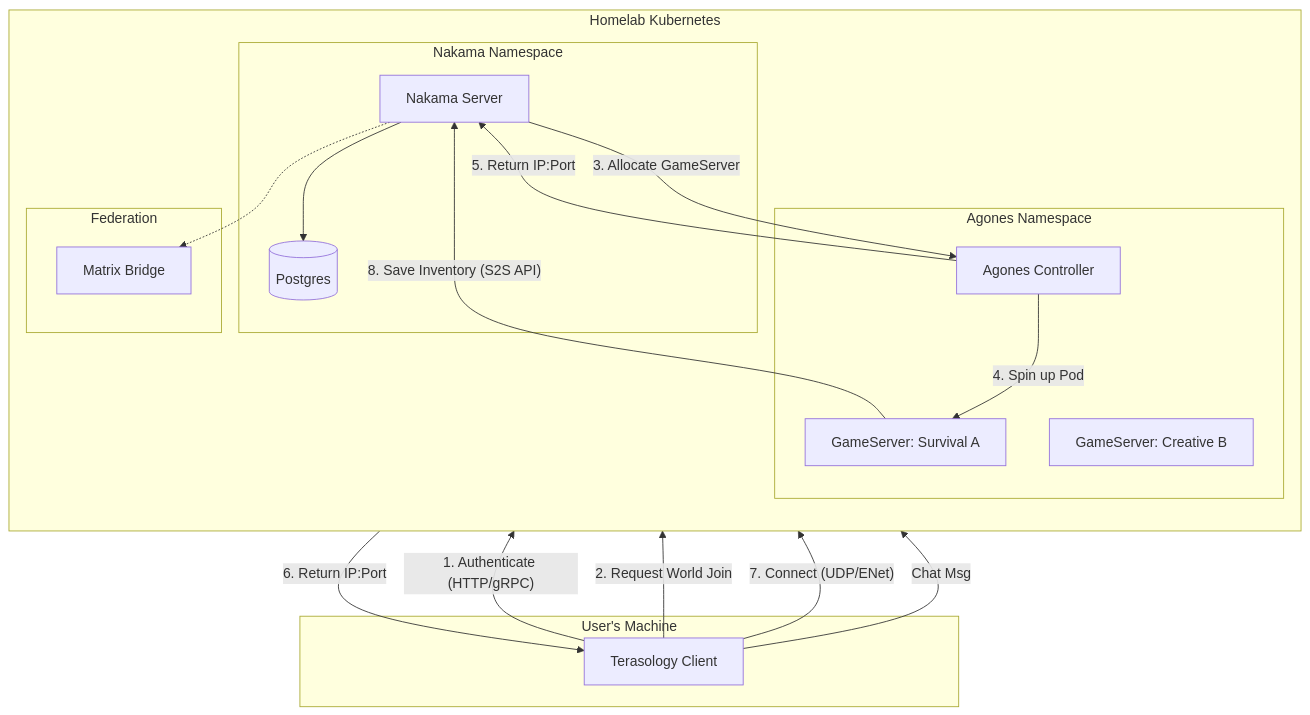
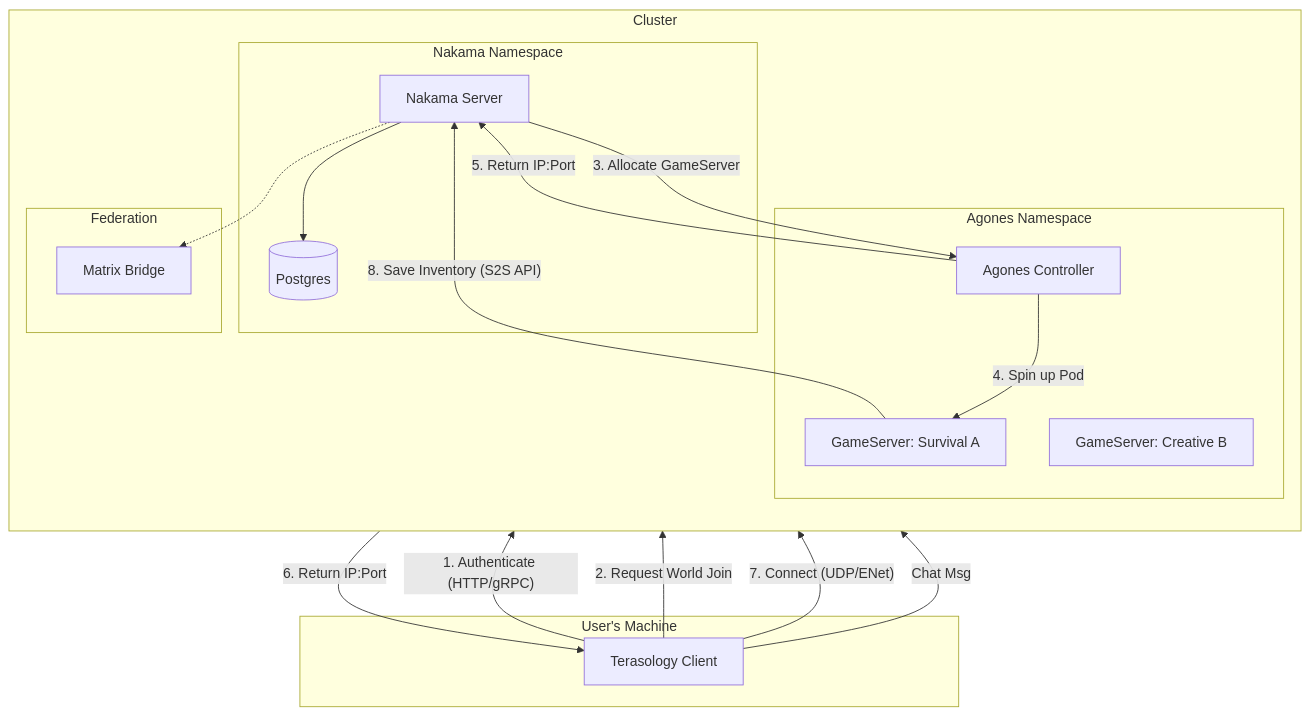
The second of 2 diagrams in with-nakama-and-agones.md (SiliconSaga/bifrost), drawn with Mermaid before and after one commit. The commit also changed other lines of this file, not shown here.

````diff
--- a/with-nakama-and-agones.md
+++ b/with-nakama-and-agones.md
@@ -21,47 +72,47 @@
 ```mermaid
 graph TD
     subgraph Client [User's Machine]
         TC[Terasology Client]
     end
 
-    subgraph Cluster [Homelab Kubernetes]
+    subgraph Cluster
         direction TB
         
         subgraph Control_Plane [Nakama Namespace]
             NK[Nakama Server]
             DB[(Postgres)]
             NK --> DB
         end
         
         subgraph Game_Fleet [Agones Namespace]
             AG[Agones Controller]
             GS1[GameServer: Survival A]
             GS2[GameServer: Creative B]
         end
         
         subgraph Federation
             MX[Matrix Bridge]
         end
     end
 
     %% Auth Flow
     TC -- 1. Authenticate (HTTP/gRPC) --> NK
     
     %% Matchmaking Flow
     TC -- 2. Request World Join --> NK
     NK -- 3. Allocate GameServer --> AG
     AG -- 4. Spin up Pod --> GS1
     AG -- 5. Return IP:Port --> NK
     NK -- 6. Return IP:Port --> TC
     
     %% Gameplay Flow
     TC -- 7. Connect (UDP/ENet) --> GS1
     
     %% Persistence Flow (Async)
     GS1 -- 8. Save Inventory (S2S API) --> NK
     
     %% Chat Flow
     TC -- Chat Msg --> NK
     NK -.-> MX
 
 ```
````
